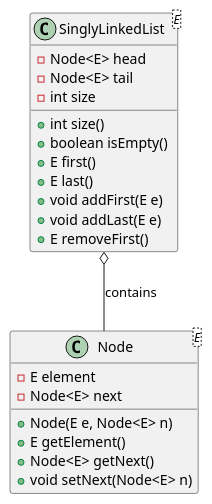
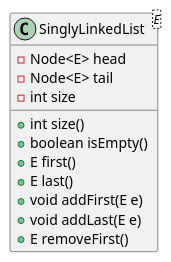
One commit to ruslylove/datastruct changed the ninth of 10 diagrams in lectures/lect-3-Singly-Linked-List.md. Above: the diagram before and after it, drawn with PlantUML. The commit also changed other lines of this file, not shown here.

Commit message:
update linked list diagram.

````diff
--- a/lectures/lect-3-Singly-Linked-List.md
+++ b/lectures/lect-3-Singly-Linked-List.md
@@ -990,31 +996,21 @@
-```plantuml
+```plantuml {scale:1}
 
 @startuml
 
 
 class SinglyLinkedList<E> {
   - Node<E> head
   - Node<E> tail
   - int size
   + int size()
   + boolean isEmpty()
   + E first()
   + E last()
   + void addFirst(E e)
   + void addLast(E e)
   + E removeFirst()
 }
 
-class Node<E> {
-  - E element
-  - Node<E> next
-  + Node(E e, Node<E> n)
-  + E getElement()
-  + Node<E> getNext()
-  + void setNext(Node<E> n)
-}
-
-SinglyLinkedList o-- Node : contains
 @enduml
 
 ```
````
